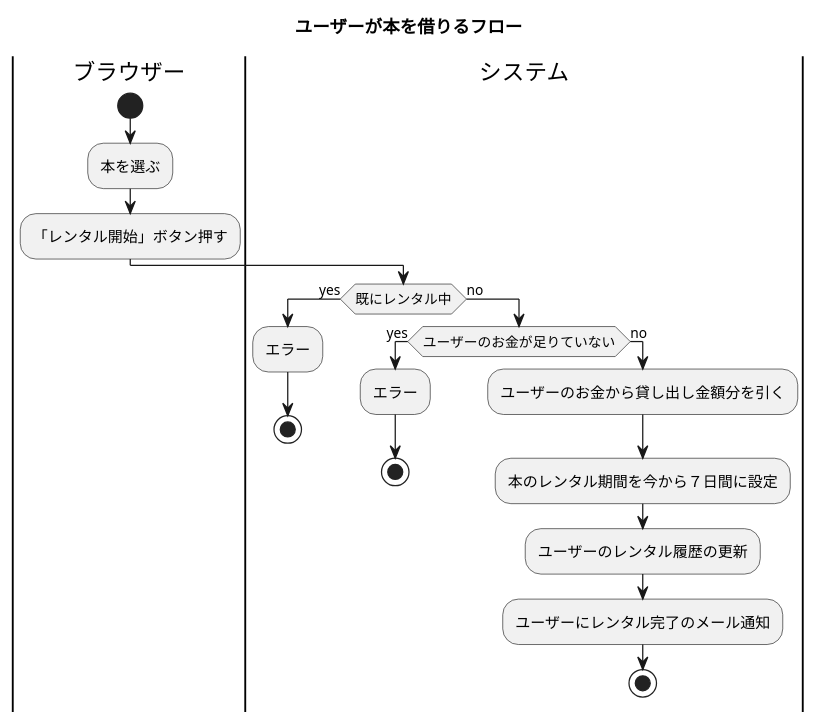
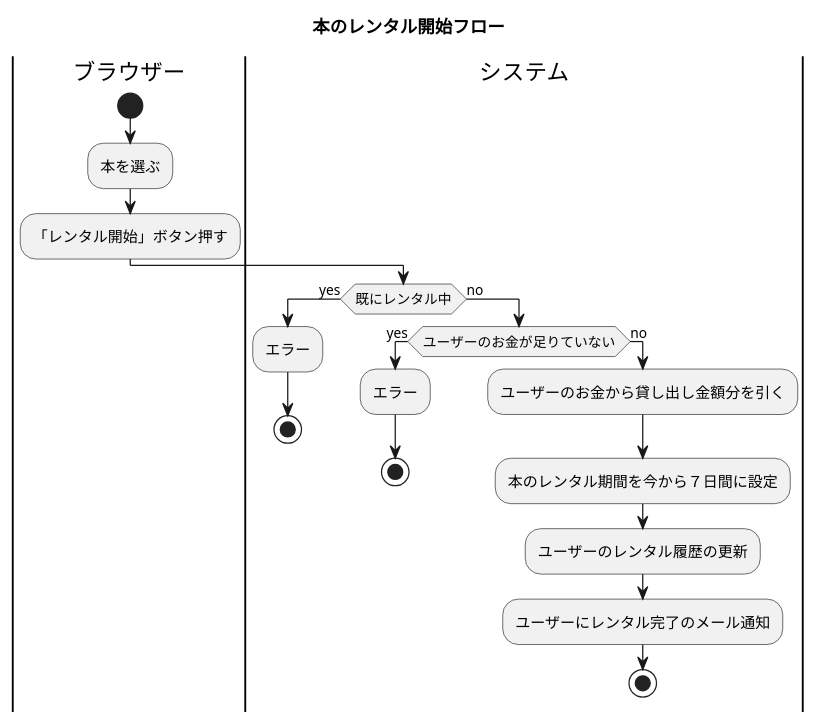
One commit to genenakagaki/sample-solid changed the diagram in docs/rental-flow-abstract.puml. Above: the diagram before and after it, drawn with PlantUML. The commit also changed 7 other files, not shown here.

```diff
--- a/docs/rental-flow-abstract.puml
+++ b/docs/rental-flow-abstract.puml
@@ -1,28 +1,28 @@
 @startuml
-title ユーザーが本を借りるフロー
+title 本のレンタル開始フロー
 
 |ブラウザー|
 |システム|
 
 |ブラウザー|
 start
 :本を選ぶ;
 :「レンタル開始」ボタン押す;
 |システム|
 
 if (既にレンタル中) then (yes)
     :エラー;
     stop
 else (no)
     if (ユーザーのお金が足りていない) then (yes)
         :エラー;
         stop
     else (no)
         :ユーザーのお金から貸し出し金額分を引く;
         :本のレンタル期間を今から７日間に設定;
         :ユーザーのレンタル履歴の更新;
         :ユーザーにレンタル完了のメール通知;
         stop
     endif
 endif
 @enduml
```
